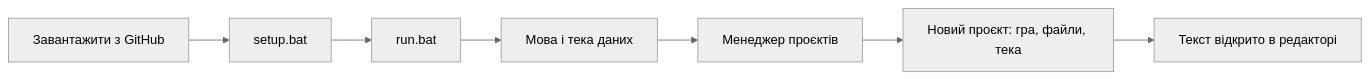
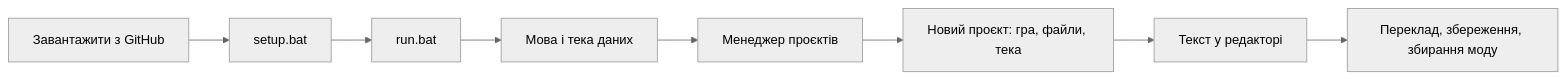
One commit to rashevskyv/Picoripi changed the diagram in docs/wiki/uk/0_Getting_Started.md. Above: the diagram before and after it, drawn with Mermaid (neutral theme). The commit also changed other lines of this file and 6 other files, not shown here.

````diff
--- a/docs/wiki/uk/0_Getting_Started.md
+++ b/docs/wiki/uk/0_Getting_Started.md
@@ -14,9 +15,10 @@
 ```mermaid
 flowchart LR
   A[Завантажити з GitHub] --> B[setup.bat]
   B --> C[run.bat]
   C --> D[Мова і тека даних]
   D --> E[Менеджер проєктів]
   E --> F[Новий проєкт: гра, файли, тека]
-  F --> G[Текст відкрито в редакторі]
+  F --> G[Текст у редакторі]
+  G --> H[Переклад, збереження, збирання моду]
 ```
````
